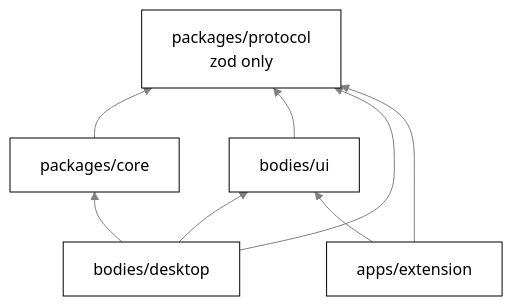
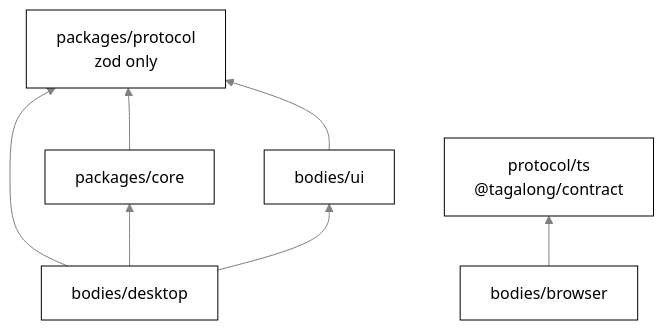
The second of 4 diagrams in docs/architecture.md (nadeem4/tagalong), drawn with Mermaid before and after one commit. The commit also changed other lines of this file and 151 other files, not shown here.

````diff
--- a/docs/architecture.md
+++ b/docs/architecture.md
@@ -86,16 +85,16 @@
 ```mermaid
 %%{init: {"theme": "base", "themeVariables": {"primaryColor": "#ffffff", "primaryTextColor": "#000000", "primaryBorderColor": "#000000", "lineColor": "#808080", "secondaryColor": "#f2f2f2", "tertiaryColor": "#ffffff", "clusterBkg": "#f7f7f7", "clusterBorder": "#808080", "edgeLabelBackground": "#ffffff", "titleColor": "#808080", "fontFamily": "Segoe UI, Helvetica, Arial, sans-serif"}}}%%
 flowchart BT
   P["packages/protocol<br>zod only"]
   C["packages/core"]
   U["bodies/ui"]
   D["bodies/desktop"]
-  X["apps/extension"]
+  X["bodies/browser"]
   C --> P
   U --> P
   D --> P
   D --> C
   D --> U
-  X --> P
-  X --> U
+  K["protocol/ts<br>@tagalong/contract"]
+  X --> K
 ```
````
